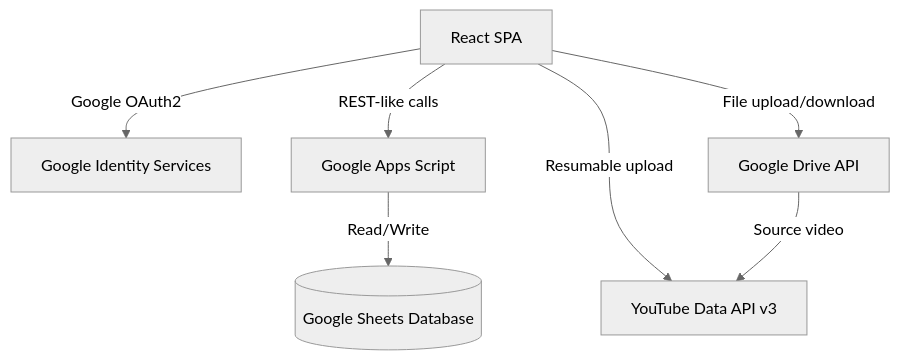
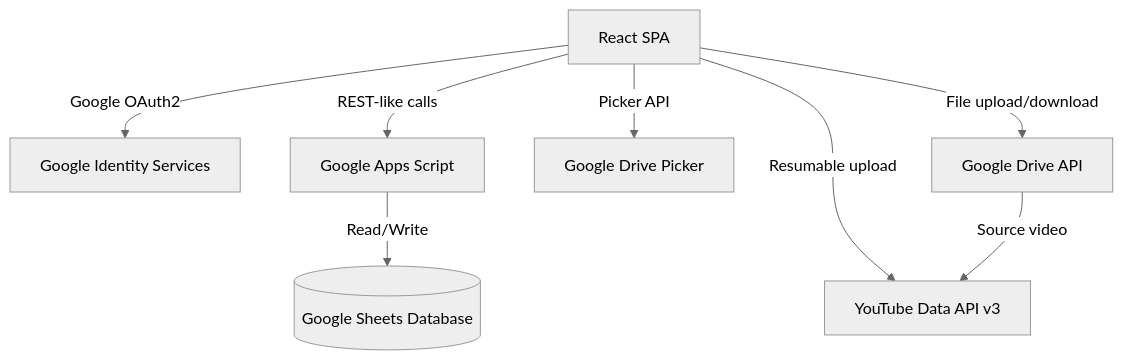
One commit to 0utLawzz/MG-YT-Dashboard changed the diagram in README.md. Above: the diagram before and after it, drawn with Mermaid (neutral theme). The commit also changed other lines of this file and 27 other files, not shown here.

Commit message:
feat: Drive picker, fix review previews, remove Flask tool, expand analytics, update docs, and resolve linting

````diff
--- a/README.md
+++ b/README.md
@@ -61,9 +77,10 @@
 ```mermaid
 graph TD
     Browser[React SPA] -->|Google OAuth2| Auth[Google Identity Services]
     Browser -->|REST-like calls| GAS[Google Apps Script]
     GAS -->|Read/Write| Sheets[(Google Sheets Database)]
+    Browser -->|Picker API| DrivePicker[Google Drive Picker]
     Browser -->|File upload/download| Drive[Google Drive API]
     Browser -->|Resumable upload| YouTube[YouTube Data API v3]
     Drive -->|Source video| YouTube
 ```
````
